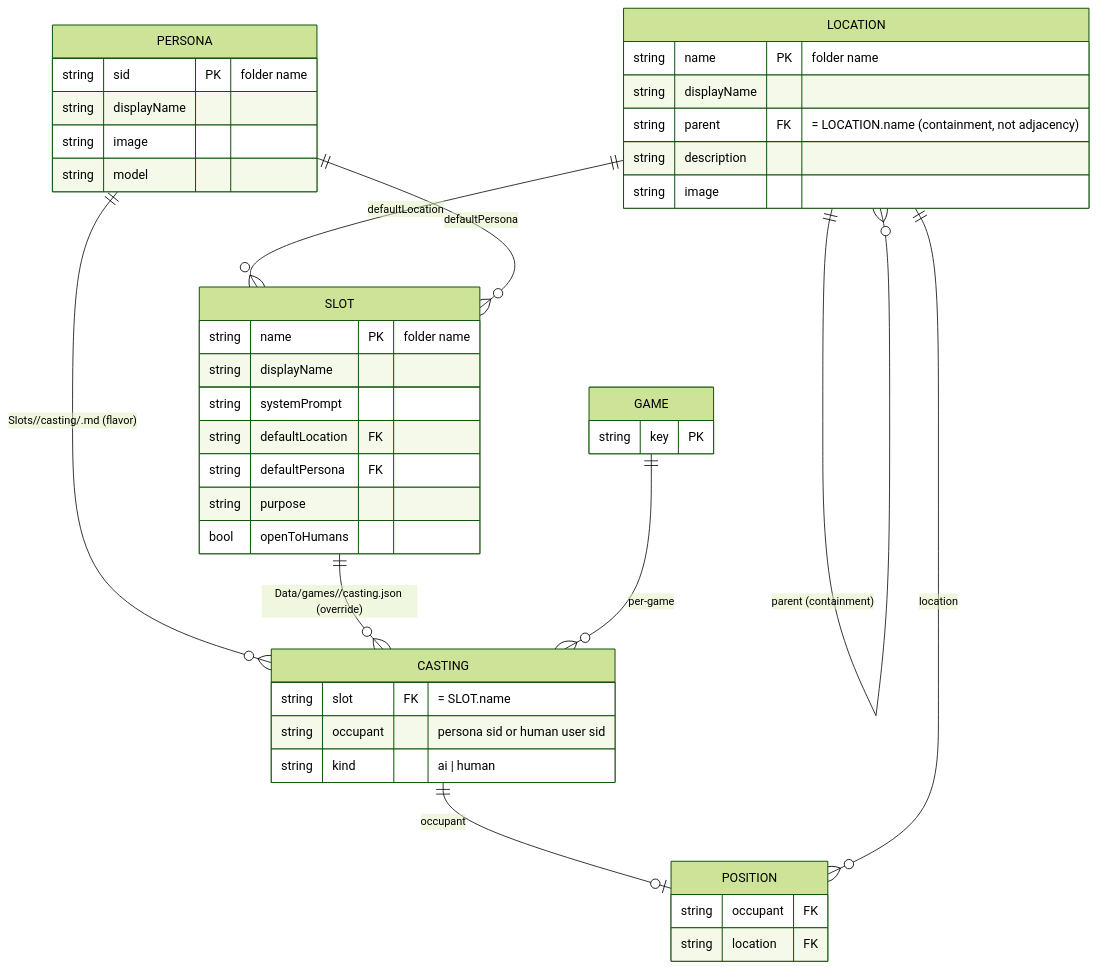
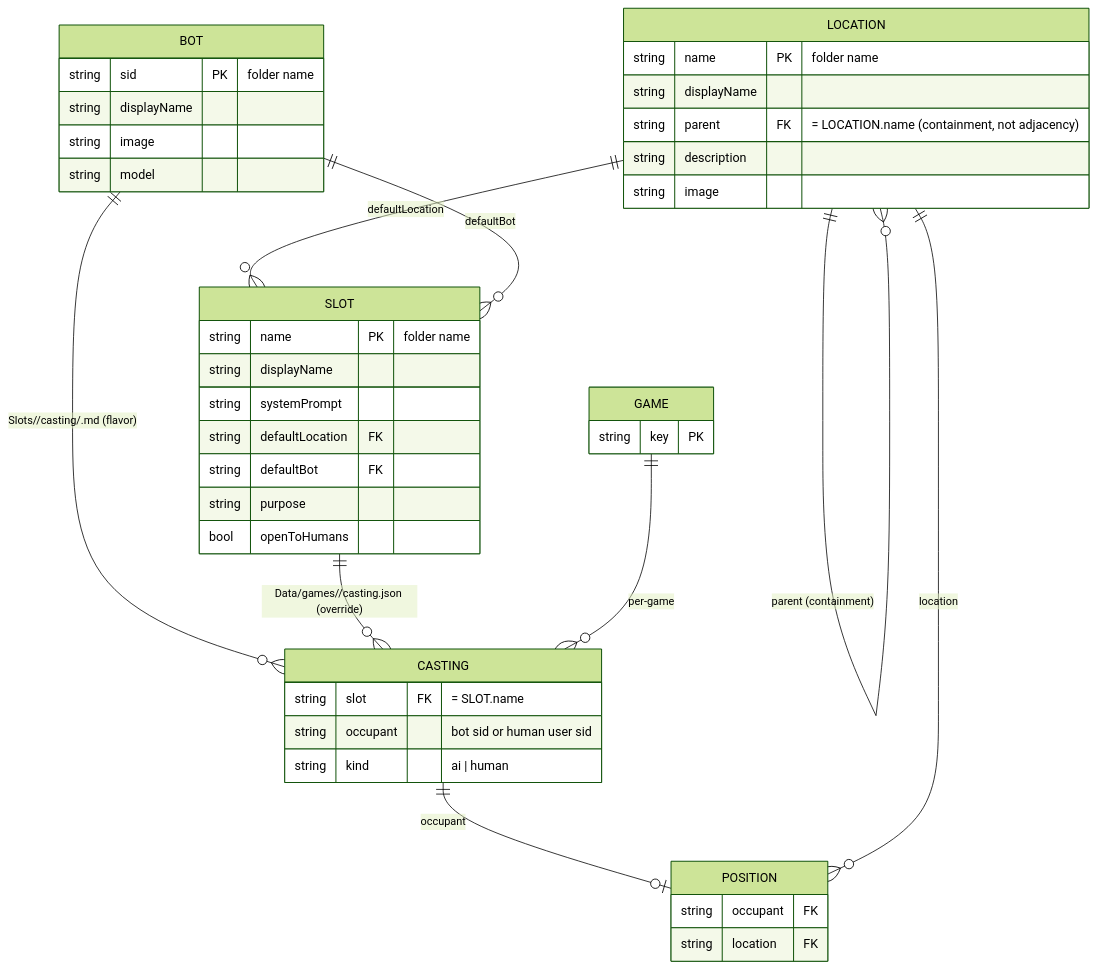
The diagram in python-server/dynamic_functions/Home/GAME.md (ProjectAtlantis-dev/atlantis-mcp-server), drawn with Mermaid (forest theme) before and after one commit. The commit also changed other lines of this file and 53 other files, not shown here.

````diff
--- a/python-server/dynamic_functions/Home/GAME.md
+++ b/python-server/dynamic_functions/Home/GAME.md
@@ -104,47 +104,47 @@
 ```mermaid
 erDiagram
-    PERSONA {
+    BOT {
         string sid PK "folder name"
         string displayName
         string image
         string model
     }
     LOCATION {
         string name PK "folder name"
         string displayName
         string parent FK "= LOCATION.name (containment, not adjacency)"
         string description
         string image
     }
     GAME {
         string key PK
     }
     SLOT {
         string name PK "folder name"
         string displayName
         string systemPrompt
         string defaultLocation FK
-        string defaultPersona FK
+        string defaultBot FK
         string purpose
         bool openToHumans
     }
     CASTING {
         string slot FK "= SLOT.name"
-        string occupant "persona sid or human user sid"
+        string occupant "bot sid or human user sid"
         string kind "ai | human"
     }
     POSITION {
         string occupant FK
         string location FK
     }
 
     LOCATION ||--o{ LOCATION : "connects to (adjacency)"
     LOCATION ||--o{ LOCATION : "parent (containment)"
     LOCATION ||--o{ SLOT : defaultLocation
-    PERSONA ||--o{ SLOT : defaultPersona
-    PERSONA ||--o{ CASTING : "Slots/<slot>/casting/<persona>.md (flavor)"
+    BOT ||--o{ SLOT : defaultBot
+    BOT ||--o{ CASTING : "Slots/<slot>/casting/<bot>.md (flavor)"
     SLOT ||--o{ CASTING : "Data/games/<key>/casting.json (override)"
     GAME ||--o{ CASTING : per-game
     CASTING ||--o| POSITION : occupant
     LOCATION ||--o{ POSITION : location
 ```
````
